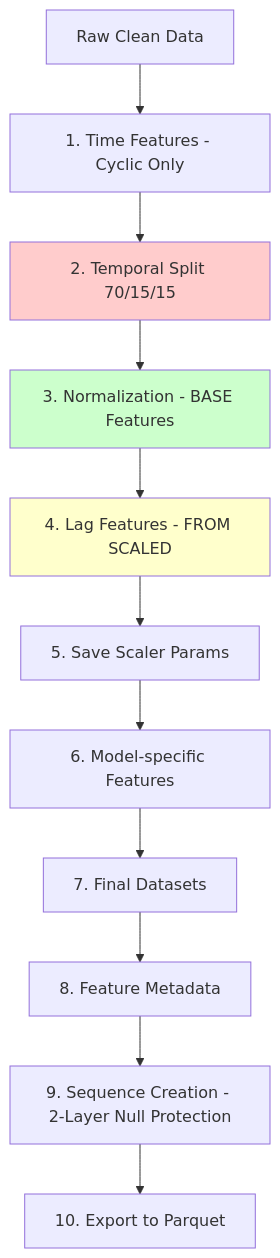
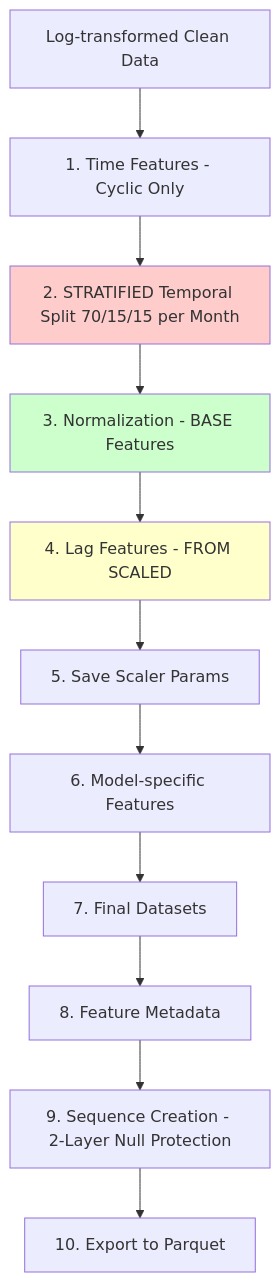
The diagram in .md/FEATURE_ENGINEERING_WORKFLOW.md (Sonous/pm25-predictor), drawn with Mermaid before and after one commit. The commit also changed other lines of this file and 14 other files, not shown here.

````diff
--- a/.md/FEATURE_ENGINEERING_WORKFLOW.md
+++ b/.md/FEATURE_ENGINEERING_WORKFLOW.md
@@ -23,17 +23,17 @@
 ```mermaid
 graph TD
-    A[Raw Clean Data] --> B[1. Time Features - Cyclic Only]
-    B --> C[2. Temporal Split 70/15/15]
+    A[Log-transformed Clean Data] --> B[1. Time Features - Cyclic Only]
+    B --> C[2. STRATIFIED Temporal Split 70/15/15 per Month]
     C --> D[3. Normalization - BASE Features]
     D --> E[4. Lag Features - FROM SCALED]
     E --> F[5. Save Scaler Params]
     F --> G[6. Model-specific Features]
     G --> H[7. Final Datasets]
     H --> I[8. Feature Metadata]
     I --> J[9. Sequence Creation - 2-Layer Null Protection]
     J --> K[10. Export to Parquet]
 
     style C fill:#ffcccc
     style D fill:#ccffcc
     style E fill:#ffffcc
 ```
````
